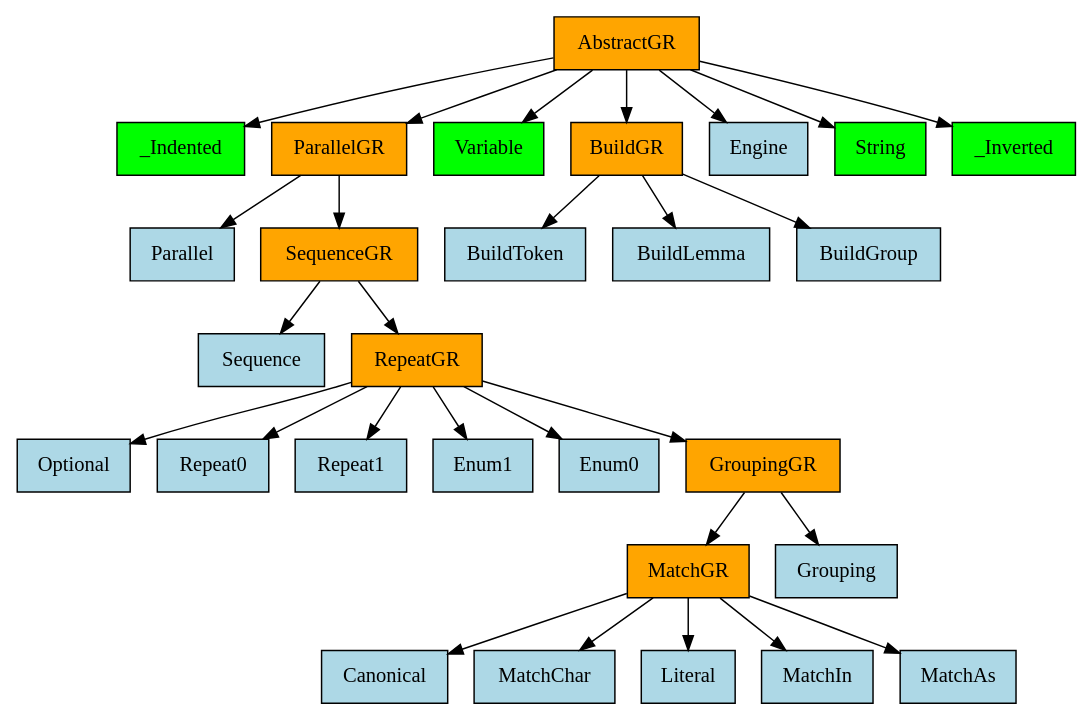
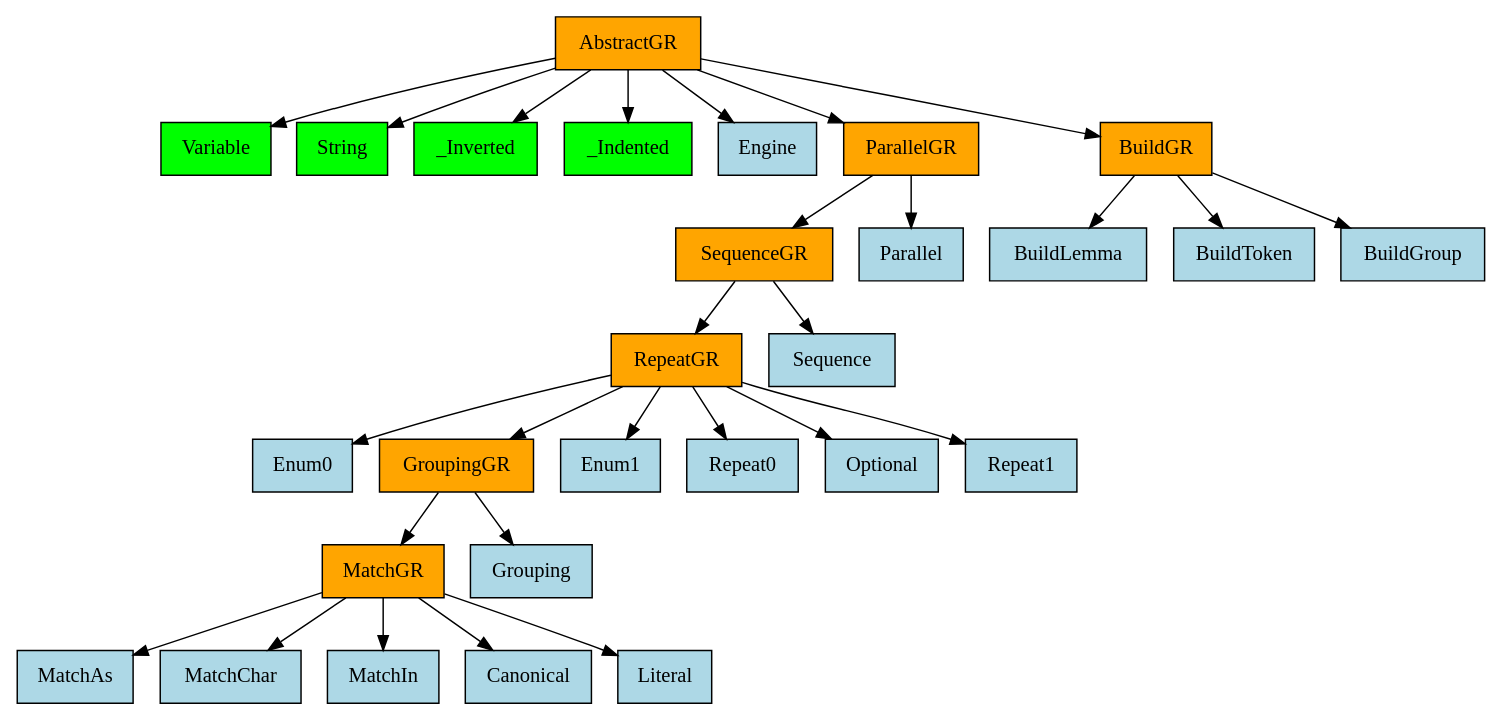
One commit to GabrielAmare/Language changed the diagram in language/base/bnf/v0_0_1/core/mro_graph.gv. Above: the diagram before and after it, drawn with Graphviz. The commit also changed 8 other files, not shown here.

```diff
--- a/language/base/bnf/v0_0_1/core/mro_graph.gv
+++ b/language/base/bnf/v0_0_1/core/mro_graph.gv
@@ -1,57 +1,57 @@
 digraph {
 	0 [label=AbstractGR fillcolor=orange shape=rect style=filled]
-	1 [label=_Indented fillcolor=lime shape=rect style=filled]
-	2 [label=ParallelGR fillcolor=orange shape=rect style=filled]
-	3 [label=Variable fillcolor=lime shape=rect style=filled]
-	4 [label=BuildGR fillcolor=orange shape=rect style=filled]
+	1 [label=Variable fillcolor=lime shape=rect style=filled]
+	2 [label=String fillcolor=lime shape=rect style=filled]
+	3 [label=_Inverted fillcolor=lime shape=rect style=filled]
+	4 [label=_Indented fillcolor=lime shape=rect style=filled]
 	5 [label=Engine fillcolor=lightblue shape=rect style=filled]
-	6 [label=String fillcolor=lime shape=rect style=filled]
-	7 [label=_Inverted fillcolor=lime shape=rect style=filled]
-	8 [label=BuildToken fillcolor=lightblue shape=rect style=filled]
-	9 [label=BuildLemma fillcolor=lightblue shape=rect style=filled]
+	6 [label=ParallelGR fillcolor=orange shape=rect style=filled]
+	7 [label=BuildGR fillcolor=orange shape=rect style=filled]
+	8 [label=BuildLemma fillcolor=lightblue shape=rect style=filled]
+	9 [label=BuildToken fillcolor=lightblue shape=rect style=filled]
 	10 [label=BuildGroup fillcolor=lightblue shape=rect style=filled]
-	11 [label=Parallel fillcolor=lightblue shape=rect style=filled]
-	12 [label=SequenceGR fillcolor=orange shape=rect style=filled]
-	13 [label=Sequence fillcolor=lightblue shape=rect style=filled]
-	14 [label=RepeatGR fillcolor=orange shape=rect style=filled]
-	15 [label=Optional fillcolor=lightblue shape=rect style=filled]
-	16 [label=Repeat0 fillcolor=lightblue shape=rect style=filled]
-	17 [label=Repeat1 fillcolor=lightblue shape=rect style=filled]
-	18 [label=Enum1 fillcolor=lightblue shape=rect style=filled]
-	19 [label=Enum0 fillcolor=lightblue shape=rect style=filled]
-	20 [label=GroupingGR fillcolor=orange shape=rect style=filled]
+	11 [label=SequenceGR fillcolor=orange shape=rect style=filled]
+	12 [label=Parallel fillcolor=lightblue shape=rect style=filled]
+	13 [label=RepeatGR fillcolor=orange shape=rect style=filled]
+	14 [label=Sequence fillcolor=lightblue shape=rect style=filled]
+	15 [label=Enum0 fillcolor=lightblue shape=rect style=filled]
+	16 [label=GroupingGR fillcolor=orange shape=rect style=filled]
+	17 [label=Enum1 fillcolor=lightblue shape=rect style=filled]
+	18 [label=Repeat0 fillcolor=lightblue shape=rect style=filled]
+	19 [label=Optional fillcolor=lightblue shape=rect style=filled]
+	20 [label=Repeat1 fillcolor=lightblue shape=rect style=filled]
 	21 [label=MatchGR fillcolor=orange shape=rect style=filled]
 	22 [label=Grouping fillcolor=lightblue shape=rect style=filled]
-	23 [label=Canonical fillcolor=lightblue shape=rect style=filled]
+	23 [label=MatchAs fillcolor=lightblue shape=rect style=filled]
 	24 [label=MatchChar fillcolor=lightblue shape=rect style=filled]
-	25 [label=Literal fillcolor=lightblue shape=rect style=filled]
-	26 [label=MatchIn fillcolor=lightblue shape=rect style=filled]
-	27 [label=MatchAs fillcolor=lightblue shape=rect style=filled]
+	25 [label=MatchIn fillcolor=lightblue shape=rect style=filled]
+	26 [label=Canonical fillcolor=lightblue shape=rect style=filled]
+	27 [label=Literal fillcolor=lightblue shape=rect style=filled]
 	0 -> 1
 	0 -> 2
 	0 -> 3
 	0 -> 4
 	0 -> 5
 	0 -> 6
 	0 -> 7
-	4 -> 8
-	4 -> 9
-	4 -> 10
-	2 -> 11
-	2 -> 12
-	12 -> 13
-	12 -> 14
-	14 -> 15
-	14 -> 16
-	14 -> 17
-	14 -> 18
-	14 -> 19
-	14 -> 20
-	20 -> 21
-	20 -> 22
+	7 -> 8
+	7 -> 9
+	7 -> 10
+	6 -> 11
+	6 -> 12
+	11 -> 13
+	11 -> 14
+	13 -> 15
+	13 -> 16
+	13 -> 17
+	13 -> 18
+	13 -> 19
+	13 -> 20
+	16 -> 21
+	16 -> 22
 	21 -> 23
 	21 -> 24
 	21 -> 25
 	21 -> 26
 	21 -> 27
 }
```
